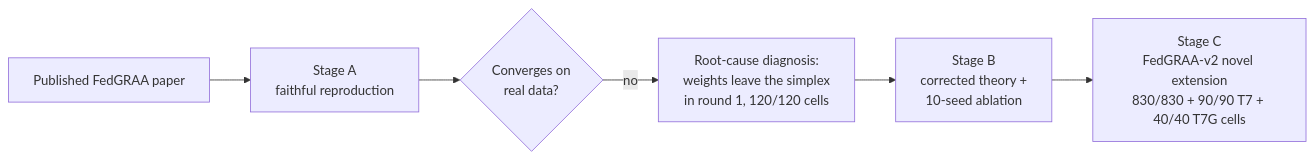
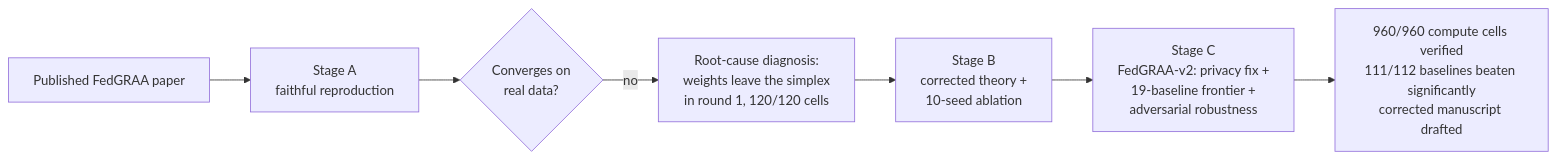
One commit to nikhilpravinpise/FedGRAA changed the diagram in README.md. Above: the diagram before and after it, drawn with Mermaid. The commit also changed other lines of this file, not shown here.

````diff
--- a/README.md
+++ b/README.md
@@ -29,8 +65,9 @@
 ```mermaid
 flowchart LR
     A["Published FedGRAA paper"] --> B["Stage A\nfaithful reproduction"]
     B --> C{"Converges on\nreal data?"}
     C -- "no" --> D["Root-cause diagnosis:\nweights leave the simplex\nin round 1, 120/120 cells"]
     D --> E["Stage B\ncorrected theory +\n10-seed ablation"]
-    E --> F["Stage C\nFedGRAA-v2 novel extension\n830/830 + 90/90 T7 + 40/40 T7G cells"]
+    E --> F["Stage C\nFedGRAA-v2: privacy fix +\n19-baseline frontier +\nadversarial robustness"]
+    F --> G["960/960 compute cells verified\n111/112 baselines beaten significantly\ncorrected manuscript drafted"]
 ```
````
